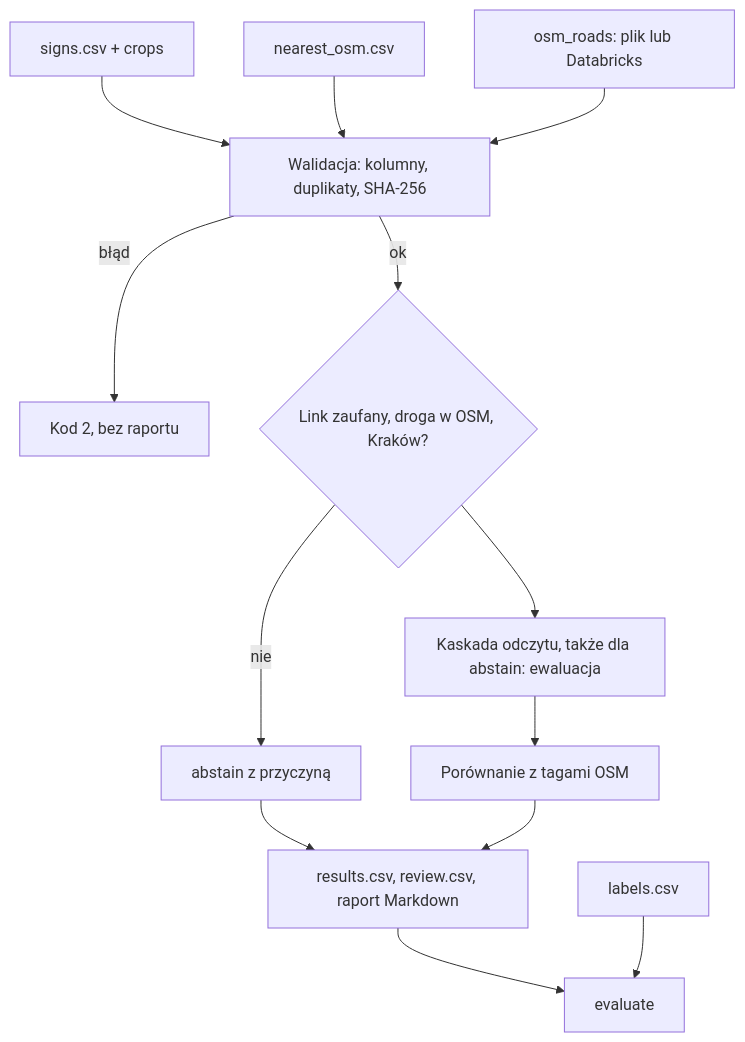
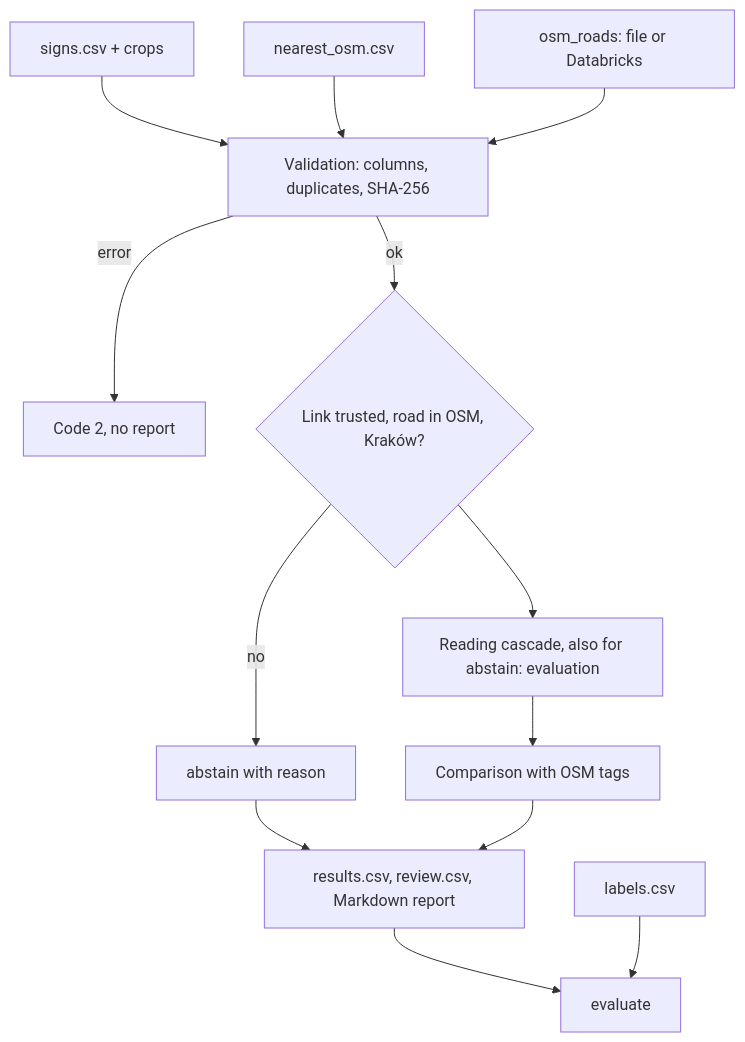
One commit to sosnowskaga/jsystems-claude-codex-gis-2026-11 changed the second of 3 diagrams in docs/ADR/000-main-architecture.md. Above: the diagram before and after it, drawn with Mermaid. The commit also changed other lines of this file and 3 other files, not shown here.

````diff
--- a/docs/ADR/000-main-architecture.md
+++ b/docs/ADR/000-main-architecture.md
@@ -210,15 +210,15 @@
 ```mermaid
 flowchart TD
-    S[signs.csv + crops] --> V[Walidacja: kolumny, duplikaty, SHA-256]
+    S[signs.csv + crops] --> V[Validation: columns, duplicates, SHA-256]
     N[nearest_osm.csv] --> V
-    R[osm_roads: plik lub Databricks] --> V
-    V -->|błąd| X[Kod 2, bez raportu]
-    V -->|ok| L{Link zaufany, droga w OSM, Kraków?}
-    L -->|nie| AB[abstain z przyczyną]
-    L --> K[Kaskada odczytu, także dla abstain: ewaluacja]
-    K --> C[Porównanie z tagami OSM]
+    R[osm_roads: file or Databricks] --> V
+    V -->|error| X[Code 2, no report]
+    V -->|ok| L{Link trusted, road in OSM, Kraków?}
+    L -->|no| AB[abstain with reason]
+    L --> K[Reading cascade, also for abstain: evaluation]
+    K --> C[Comparison with OSM tags]
     AB --> E
-    C --> E[results.csv, review.csv, raport Markdown]
+    C --> E[results.csv, review.csv, Markdown report]
     E --> EV[evaluate]
     LB[labels.csv] --> EV
 ```
````
